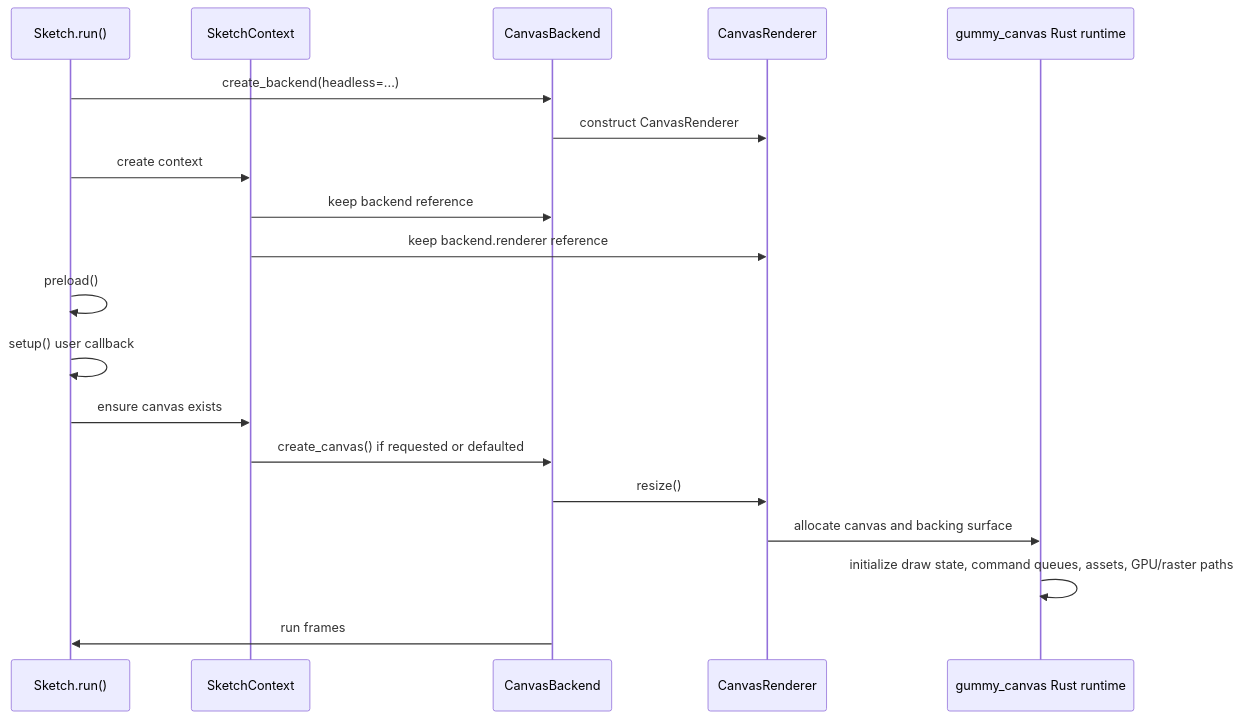
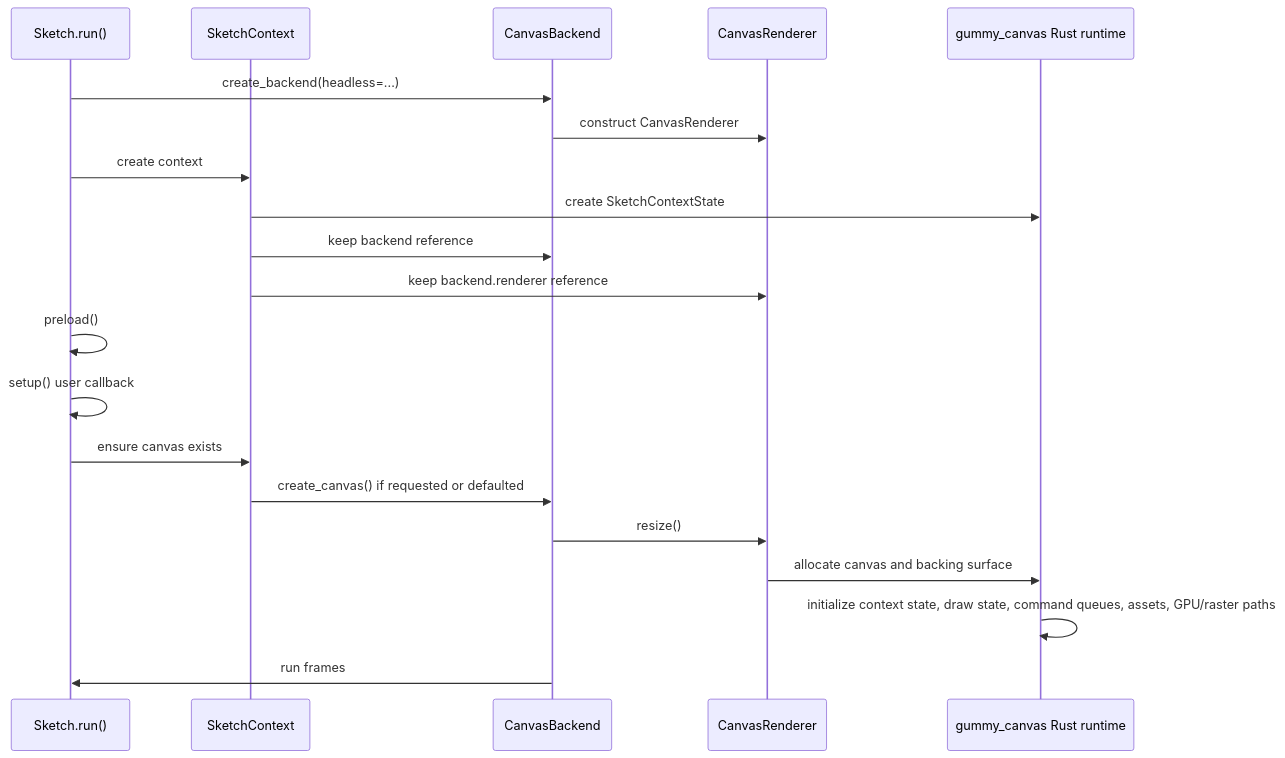
One commit to JonathanHHenson/gummy_snake changed the first of 4 diagrams in docs/contribute/runtime.md. Above: the diagram before and after it, drawn with Mermaid. The commit also changed other lines of this file and 16 other files, not shown here.

````diff
--- a/docs/contribute/runtime.md
+++ b/docs/contribute/runtime.md
@@ -11,22 +14,23 @@
 ```mermaid
 sequenceDiagram
     participant S as Sketch.run()
     participant C as SketchContext
     participant B as CanvasBackend
     participant R as CanvasRenderer
     participant X as gummy_canvas Rust runtime
 
     S->>B: create_backend(headless=...)
     B->>R: construct CanvasRenderer
     S->>C: create context
+    C->>X: create SketchContextState
     C->>B: keep backend reference
     C->>R: keep backend.renderer reference
     S->>S: preload()
     S->>S: setup() user callback
     S->>C: ensure canvas exists
     C->>B: create_canvas() if requested or defaulted
     B->>R: resize()
     R->>X: allocate canvas and backing surface
-    X->>X: initialize draw state, command queues, assets, GPU/raster paths
+    X->>X: initialize context state, draw state, command queues, assets, GPU/raster paths
     B->>S: run frames
 ```
````
